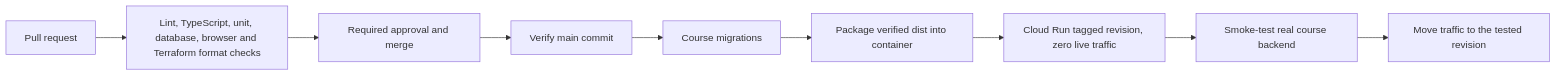
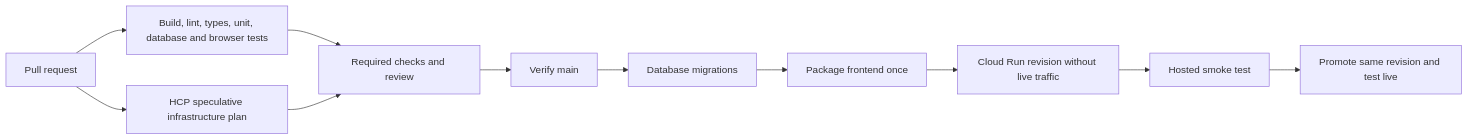
Before and after one commit to einhar1/matjakt: the diagram in README.md, drawn with Mermaid. The commit also changed other lines of this file and 1 other file, not shown here.

````diff
--- a/README.md
+++ b/README.md
@@ -50,11 +45,13 @@
 ```mermaid
 flowchart LR
-  PR[Pull request] --> CI[Lint, TypeScript, unit, database, browser and Terraform format checks]
-  CI --> Review[Required approval and merge]
-  Review --> Main[Verify main commit]
-  Main --> DB[Course migrations]
-  DB --> Image[Package verified dist into container]
-  Image --> Preview[Cloud Run tagged revision, zero live traffic]
-  Preview --> Smoke[Smoke-test real course backend]
-  Smoke --> Live[Move traffic to the tested revision]
+  PR[Pull request] --> CI[Build, lint, types, unit, database and browser tests]
+  PR --> Plan[HCP speculative infrastructure plan]
+  CI --> Merge[Required checks and review]
+  Plan --> Merge
+  Merge --> Main[Verify main]
+  Main --> DB[Database migrations]
+  DB --> Image[Package frontend once]
+  Image --> Preview[Cloud Run revision without live traffic]
+  Preview --> Smoke[Hosted smoke test]
+  Smoke --> Live[Promote same revision and test live]
 ```
````
